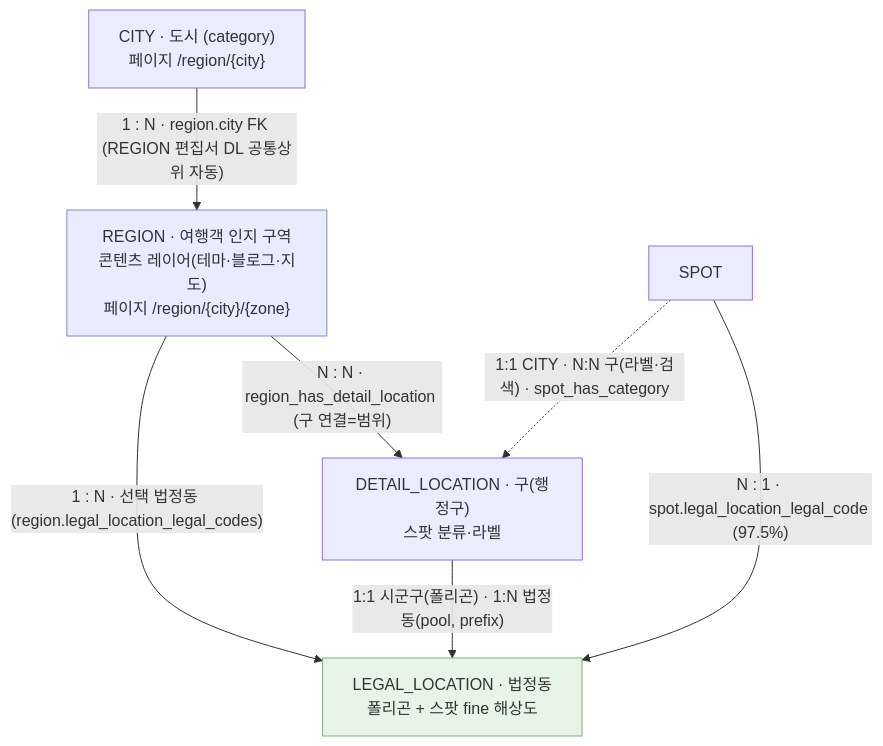
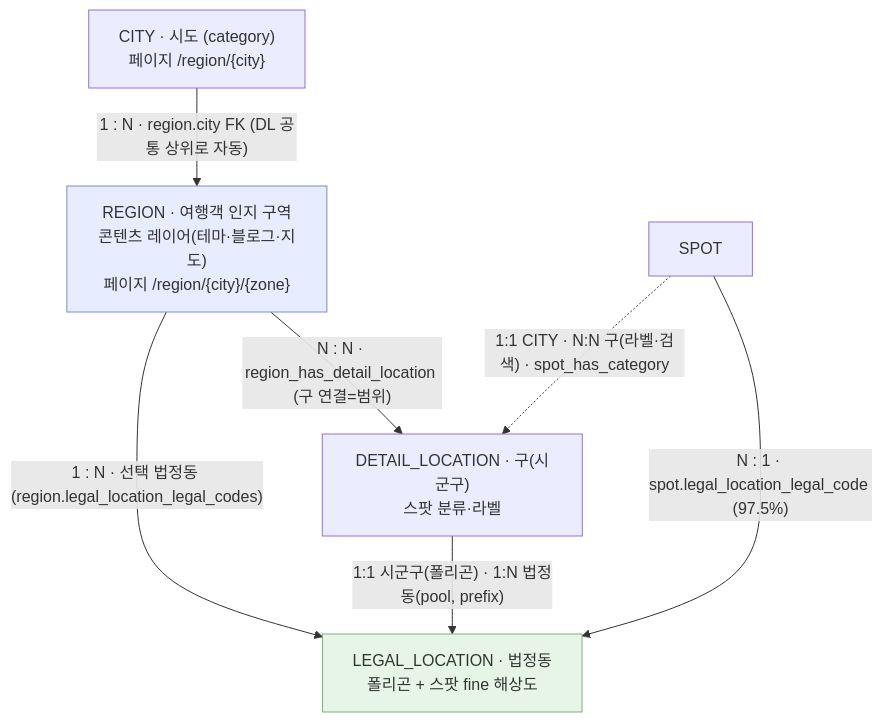
Before and after one commit to ssuyeonC/context: the diagram in outputs/plans/[260701] region-domain-improvement-master.md, drawn with Mermaid. The commit also changed other lines of this file, not shown here.

````diff
--- a/outputs/plans/[260701] region-domain-improvement-master.md
+++ b/outputs/plans/[260701] region-domain-improvement-master.md
@@ -65,20 +61,20 @@
 ```mermaid
 flowchart TD
-    CITY["CITY · 도시 (category)<br/>페이지 /region/{city}"]
+    CITY["CITY · 시도 (category)<br/>페이지 /region/{city}"]
     REGION["REGION · 여행객 인지 구역<br/>콘텐츠 레이어(테마·블로그·지도)<br/>페이지 /region/{city}/{zone}"]
-    DL["DETAIL_LOCATION · 구(행정구)<br/>스팟 분류·라벨"]
+    DL["DETAIL_LOCATION · 구(시군구)<br/>스팟 분류·라벨"]
     LEGAL["LEGAL_LOCATION · 법정동<br/>폴리곤 + 스팟 fine 해상도"]
     SPOT["SPOT"]
 
-    CITY -->|"1 : N · region.city FK (REGION 편집서 DL 공통상위 자동)"| REGION
+    CITY -->|"1 : N · region.city FK (DL 공통 상위로 자동)"| REGION
     REGION -->|"N : N · region_has_detail_location (구 연결=범위)"| DL
     REGION -->|"1 : N · 선택 법정동 (region.legal_location_legal_codes)"| LEGAL
     DL -->|"1:1 시군구(폴리곤) · 1:N 법정동(pool, prefix)"| LEGAL
     SPOT -->|"N : 1 · spot.legal_location_legal_code (97.5%)"| LEGAL
     SPOT -.->|"1:1 CITY · N:N 구(라벨·검색) · spot_has_category"| DL
 
     classDef content fill:#e8ecff,stroke:#7d8cc4
     classDef geo fill:#e6f5e6,stroke:#7db07d
     class REGION content
     class LEGAL geo
 ```
````
